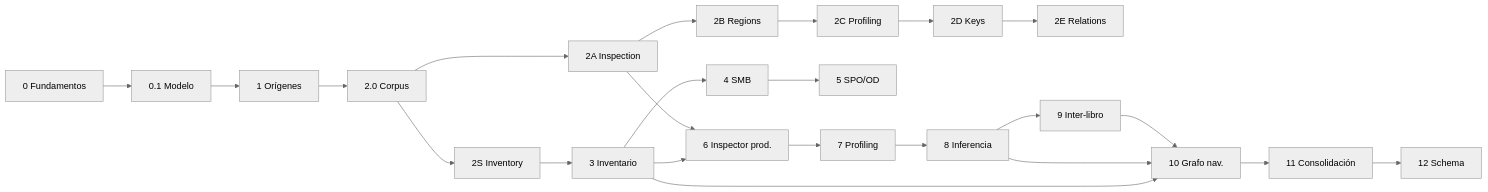
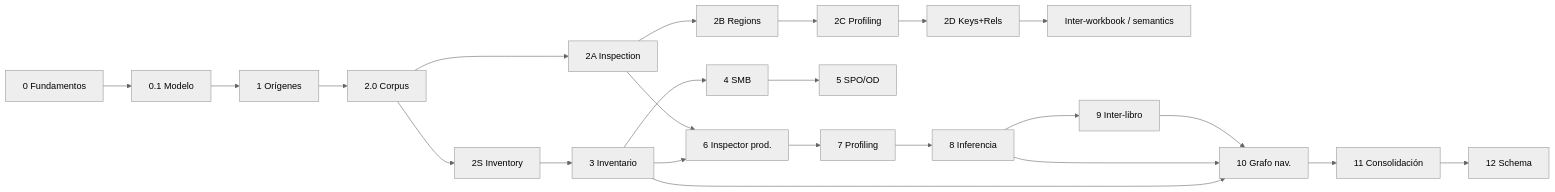
One commit to txemazapater/exceler changed the diagram in docs/roadmap.md. Above: the diagram before and after it, drawn with Mermaid (neutral theme). The commit also changed other lines of this file and 47 other files, not shown here.

First line of the commit message:
Add Phase 2D structural keys and intra-workbook relationships.

````diff
--- a/docs/roadmap.md
+++ b/docs/roadmap.md
@@ -236,25 +244,25 @@
 ```mermaid
 flowchart LR
   F0[0 Fundamentos] --> F01[0.1 Modelo]
   F01 --> F1[1 Orígenes]
   F1 --> F20[2.0 Corpus]
   F20 --> F2S[2S Inventory]
   F20 --> F2A[2A Inspection]
   F2S --> F3[3 Inventario]
   F2A --> F2B[2B Regions]
   F2B --> F2C[2C Profiling]
-  F2C --> F2D[2D Keys]
-  F2D --> F2E[2E Relations]
+  F2C --> F2D[2D Keys+Rels]
+  F2D --> F2E[Inter-workbook / semantics]
   F3 --> F4[4 SMB]
   F3 --> F6[6 Inspector prod.]
   F4 --> F5[5 SPO/OD]
   F2A --> F6
   F6 --> F7[7 Profiling]
   F7 --> F8[8 Inferencia]
   F8 --> F9[9 Inter-libro]
   F3 --> F10[10 Grafo nav.]
   F8 --> F10
   F9 --> F10
   F10 --> F11[11 Consolidación]
   F11 --> F12[12 Schema]
 ```
````
